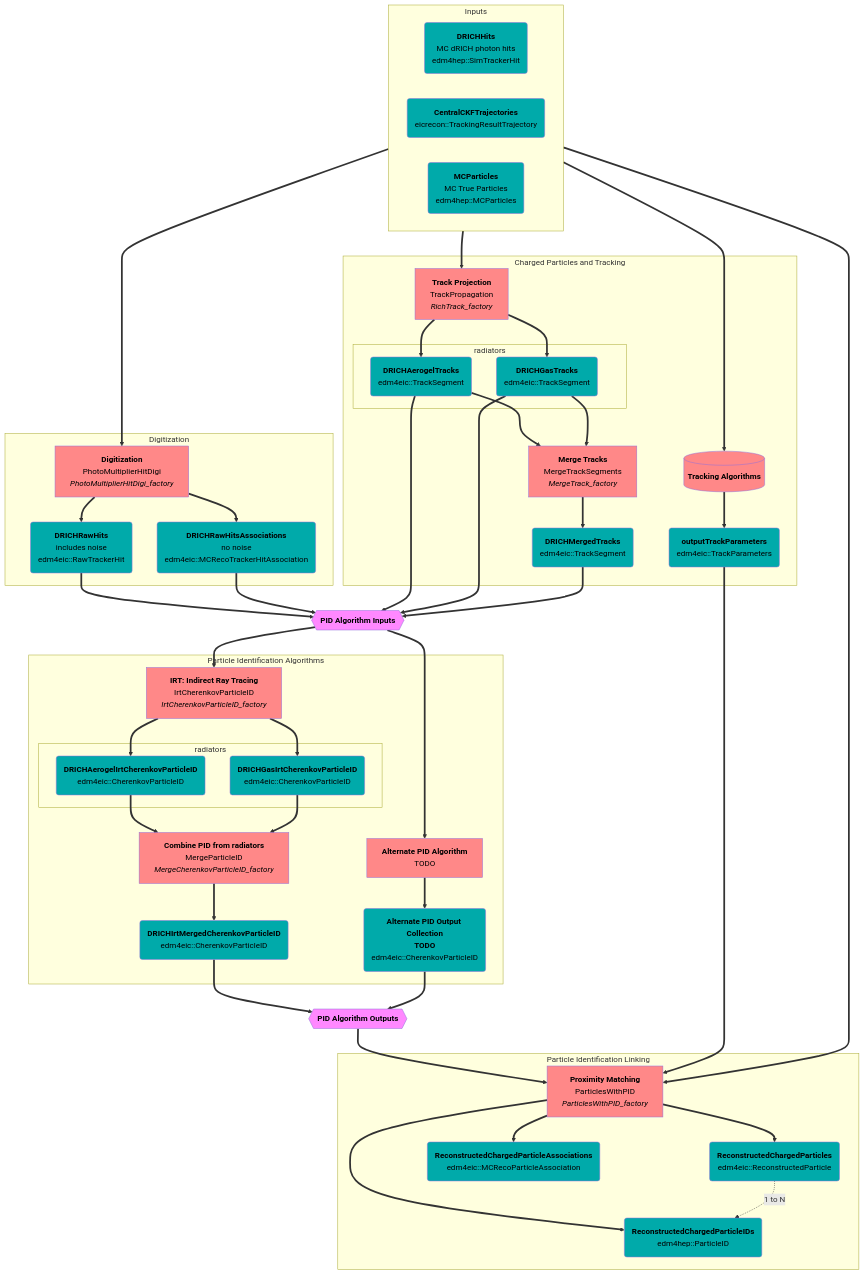
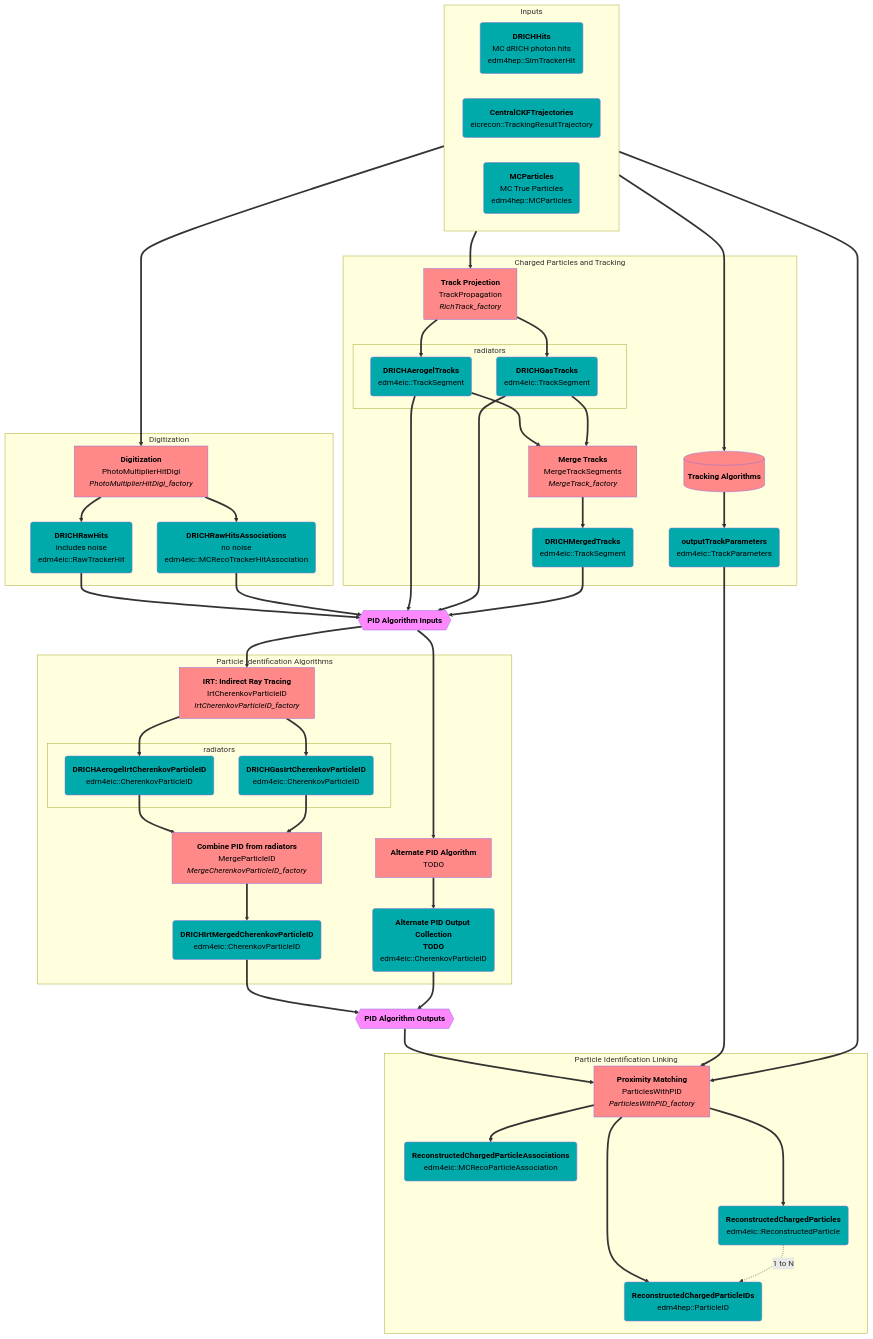
The second of 5 diagrams in src/detectors/DRICH/README.md (eic/EICrecon), drawn with Mermaid before and after one commit.

```diff
--- a/src/detectors/DRICH/README.md
+++ b/src/detectors/DRICH/README.md
@@ -120,8 +120,8 @@
   PIDOutputs      ==> ProxMatch
   TrackParameters ==> ProxMatch
   MCParts         ==> ProxMatch
-  ProxMatch ==> ReconParts
-  ProxMatch ===> ReconPIDs
+  ProxMatch ===> ReconParts
+  ProxMatch ==> ReconPIDs
   ProxMatch ==> ReconAssocs
   ReconParts -.1 to N.-> ReconPIDs
   %%ReconAssocs -.association.- MCParts
```
